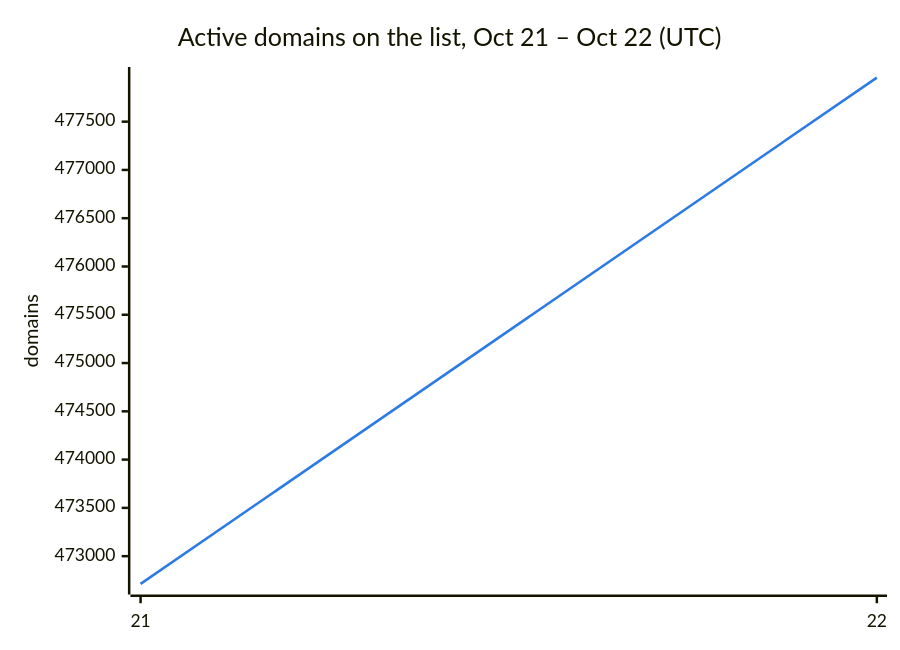
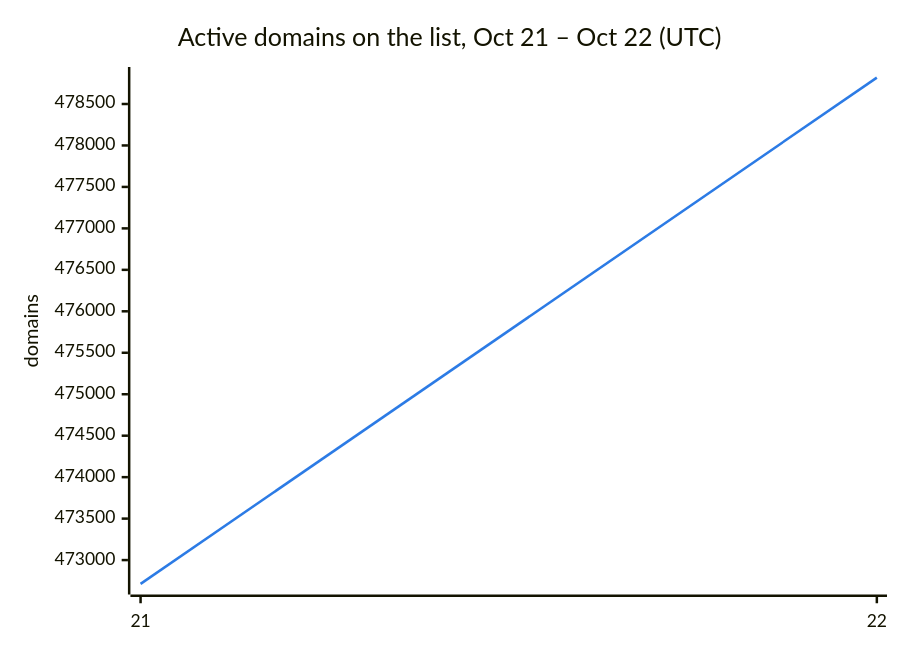
Before and after one commit to DNSBunker/CTI: the second of 3 diagrams in README.md, drawn with Mermaid. The commit also changed other lines of this file and 3 other files, not shown here.

````diff
--- a/README.md
+++ b/README.md
@@ -38,8 +38,8 @@
 ```mermaid
 %%{init: {"themeVariables": {"xyChart": {"plotColorPalette": "#2c7be5"}}}}%%
 xychart-beta
     title "Active domains on the list, Oct 21 – Oct 22 (UTC)"
     x-axis ["21", "22"]
     y-axis "domains"
-    line [472713, 477956]
+    line [472713, 478818]
 ```
````
